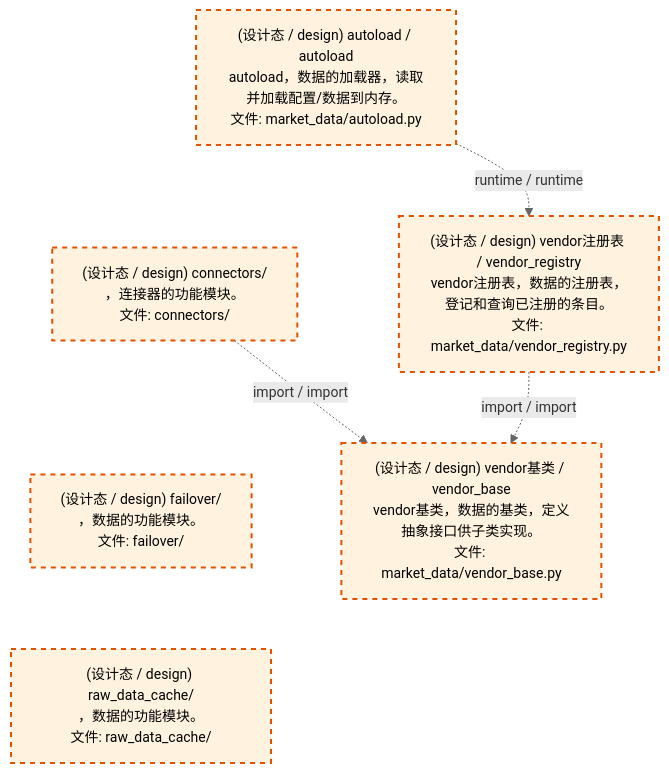
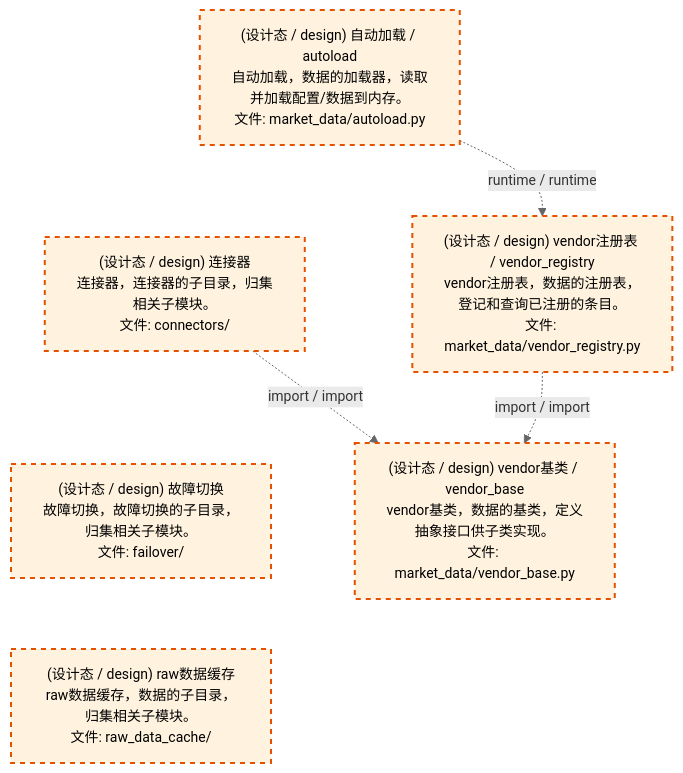
The third of 4 diagrams in docs/02_enterprise_architecture/02_domain_architecture_docs/23_d_mkt_data.md (xuanFelixVan/ZephyrAlpha), drawn with Mermaid before and after one commit. The commit also changed other lines of this file and 50 other files, not shown here.

````diff
--- a/docs/02_enterprise_architecture/02_domain_architecture_docs/23_d_mkt_data.md
+++ b/docs/02_enterprise_architecture/02_domain_architecture_docs/23_d_mkt_data.md
@@ -143,21 +143,21 @@
 ```mermaid
 %%{init: {'theme': 'base', 'themeVariables': {'primaryColor': '#eaeaea', 'primaryTextColor': '#333333', 'primaryBorderColor': '#666666', 'lineColor': '#666666', 'secondaryColor': '#eaeaea', 'tertiaryColor': '#eaeaea', 'fontSize': '14px'}}}%%
 flowchart TD
-    src_zephyr_market_data_autoload_py["(设计态 / design) autoload / autoload<br/>autoload，数据的加载器，读取并加载配置/数据到内存。<br/>文件: market_data/autoload.py"]
-    src_zephyr_market_data_connectors["(设计态 / design) connectors/<br/>，连接器的功能模块。<br/>文件: connectors/"]
-    src_zephyr_market_data_failover["(设计态 / design) failover/<br/>，数据的功能模块。<br/>文件: failover/"]
-    src_zephyr_market_data_raw_data_cache["(设计态 / design) raw_data_cache/<br/>，数据的功能模块。<br/>文件: raw_data_cache/"]
+    src_zephyr_market_data_autoload_py["(设计态 / design) 自动加载 / autoload<br/>自动加载，数据的加载器，读取并加载配置/数据到内存。<br/>文件: market_data/autoload.py"]
+    src_zephyr_market_data_connectors["(设计态 / design) 连接器<br/>连接器，连接器的子目录，归集相关子模块。<br/>文件: connectors/"]
+    src_zephyr_market_data_failover["(设计态 / design) 故障切换<br/>故障切换，故障切换的子目录，归集相关子模块。<br/>文件: failover/"]
+    src_zephyr_market_data_raw_data_cache["(设计态 / design) raw数据缓存<br/>raw数据缓存，数据的子目录，归集相关子模块。<br/>文件: raw_data_cache/"]
     src_zephyr_market_data_autoload_py ~~~ src_zephyr_market_data_connectors
     src_zephyr_market_data_connectors ~~~ src_zephyr_market_data_failover
     src_zephyr_market_data_failover ~~~ src_zephyr_market_data_raw_data_cache
     src_zephyr_market_data_vendor_registry_py["(设计态 / design) vendor注册表 / vendor_registry<br/>vendor注册表，数据的注册表，登记和查询已注册的条目。<br/>文件: market_data/vendor_registry.py"]
     src_zephyr_market_data_vendor_base_py["(设计态 / design) vendor基类 / vendor_base<br/>vendor基类，数据的基类，定义抽象接口供子类实现。<br/>文件: market_data/vendor_base.py"]
     src_zephyr_market_data_vendor_registry_py -.->|import / import| src_zephyr_market_data_vendor_base_py
     src_zephyr_market_data_connectors -.->|import / import| src_zephyr_market_data_vendor_base_py
     src_zephyr_market_data_autoload_py -.->|runtime / runtime| src_zephyr_market_data_vendor_registry_py
     classDef production fill:#e1f5fe,stroke:#01579b,stroke-width:2px,color:#000
     classDef design fill:#fff3e0,stroke:#e65100,stroke-width:2px,color:#000,stroke-dasharray: 5 5
     classDef external_prod fill:#e8f4fd,stroke:#0277bd,stroke-width:1px,color:#000
     classDef external_design fill:#fff8e7,stroke:#ef6c00,stroke-width:1px,color:#000,stroke-dasharray: 5 5
     class src_zephyr_market_data_autoload_py,src_zephyr_market_data_connectors,src_zephyr_market_data_failover,src_zephyr_market_data_raw_data_cache,src_zephyr_market_data_vendor_base_py,src_zephyr_market_data_vendor_registry_py design
 ```
````
